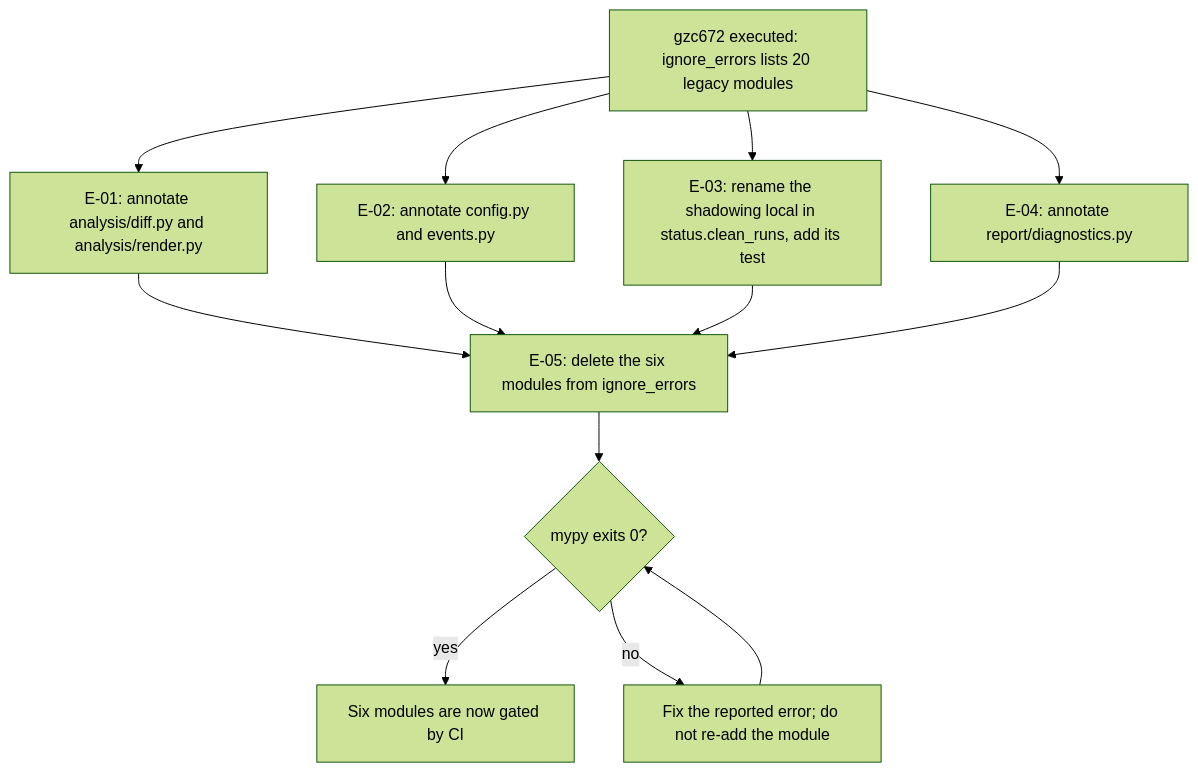
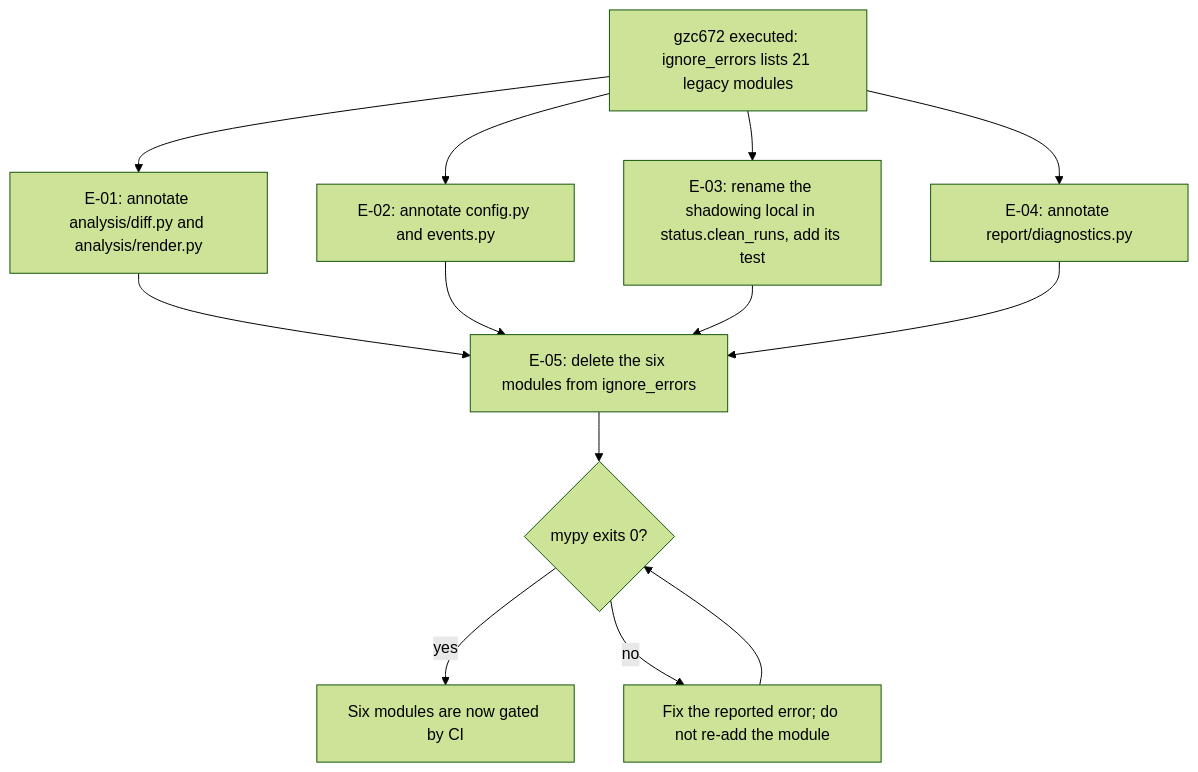
The diagram in .aw/records/plans/pending/20261124-rand-mypy-03-qe6dad-clear-mypy-errors-in-analysis-report-config-status-and-event.ipd.md (fariello/pubrun), drawn with Mermaid (forest theme) before and after one commit. The commit also changed other lines of this file and 1 other file, not shown here.

````diff
--- a/.aw/records/plans/pending/20261124-rand-mypy-03-qe6dad-clear-mypy-errors-in-analysis-report-config-status-and-event.ipd.md
+++ b/.aw/records/plans/pending/20261124-rand-mypy-03-qe6dad-clear-mypy-errors-in-analysis-report-config-status-and-event.ipd.md
@@ -33,15 +36,15 @@
 ```mermaid
 flowchart TD
-    A["gzc672 executed: ignore_errors lists 20 legacy modules"] --> B["E-01: annotate analysis/diff.py and analysis/render.py"]
+    A["gzc672 executed: ignore_errors lists 21 legacy modules"] --> B["E-01: annotate analysis/diff.py and analysis/render.py"]
     A --> C["E-02: annotate config.py and events.py"]
     A --> D["E-03: rename the shadowing local in status.clean_runs, add its test"]
     A --> E["E-04: annotate report/diagnostics.py"]
     B --> F["E-05: delete the six modules from ignore_errors"]
     C --> F
     D --> F
     E --> F
     F --> G{"mypy exits 0?"}
     G -->|yes| H["Six modules are now gated by CI"]
     G -->|no| I["Fix the reported error; do not re-add the module"]
     I --> G
 ```
````
